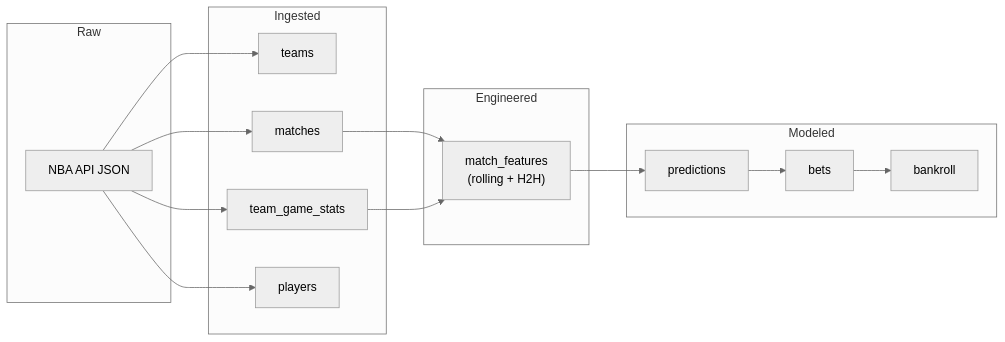
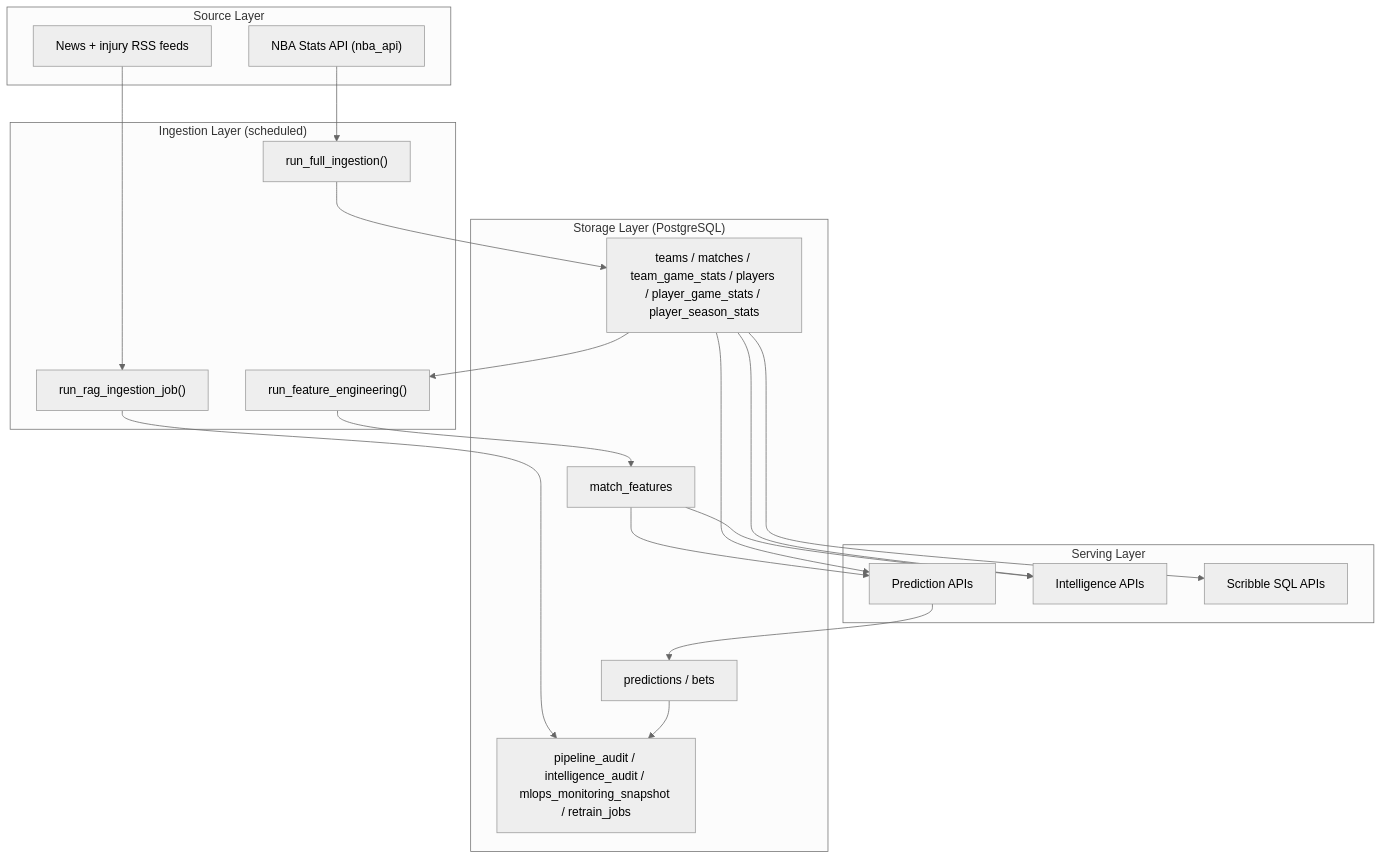
One commit to Honeybadger-139/sports-analytics-intelligence changed the diagram in docs/architecture/data-pipeline.md. Above: the diagram before and after it, drawn with Mermaid (neutral theme). The commit also changed other lines of this file and 16 other files, not shown here.

````diff
--- a/docs/architecture/data-pipeline.md
+++ b/docs/architecture/data-pipeline.md
@@ -158,29 +15,43 @@
 ```mermaid
-flowchart LR
-    subgraph "Raw"
-        R1["NBA API JSON"]
+flowchart TD
+    subgraph "Source Layer"
+        API["NBA Stats API (nba_api)"]
+        RSS["News + injury RSS feeds"]
     end
 
-    subgraph "Ingested"
-        I1["teams"]
-        I2["matches"]
-        I3["team_game_stats"]
-        I4["players"]
+    subgraph "Ingestion Layer (scheduled)"
+        ING["run_full_ingestion()"]
+        FEAT["run_feature_engineering()"]
+        RAG["run_rag_ingestion_job()"]
     end
 
-    subgraph "Engineered"
-        E1["match_features<br/>(rolling + H2H)"]
+    subgraph "Storage Layer (PostgreSQL)"
+        RAW["teams / matches / team_game_stats / players / player_game_stats / player_season_stats"]
+        FS["match_features"]
+        OPS["predictions / bets"]
+        AUDIT["pipeline_audit / intelligence_audit / mlops_monitoring_snapshot / retrain_jobs"]
     end
 
-    subgraph "Modeled"
-        M1["predictions"]
-        M2["bets"]
-        M3["bankroll"]
+    subgraph "Serving Layer"
+        PRED["Prediction APIs"]
+        INTEL["Intelligence APIs"]
+        LAB["Scribble SQL APIs"]
     end
 
-    R1 --> I1 & I2 & I3 & I4
-    I2 & I3 --> E1
-    E1 --> M1
-    M1 --> M2
-    M2 --> M3
+    API --> ING
+    ING --> RAW
+    RAW --> FEAT
+    FEAT --> FS
+
+    RSS --> RAG
+    RAG --> AUDIT
+
+    FS --> PRED
+    RAW --> PRED
+    PRED --> OPS
+    OPS --> AUDIT
+
+    FS --> INTEL
+    RAW --> INTEL
+    RAW --> LAB
 ```
````
